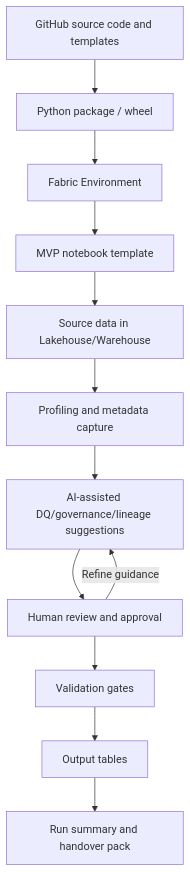
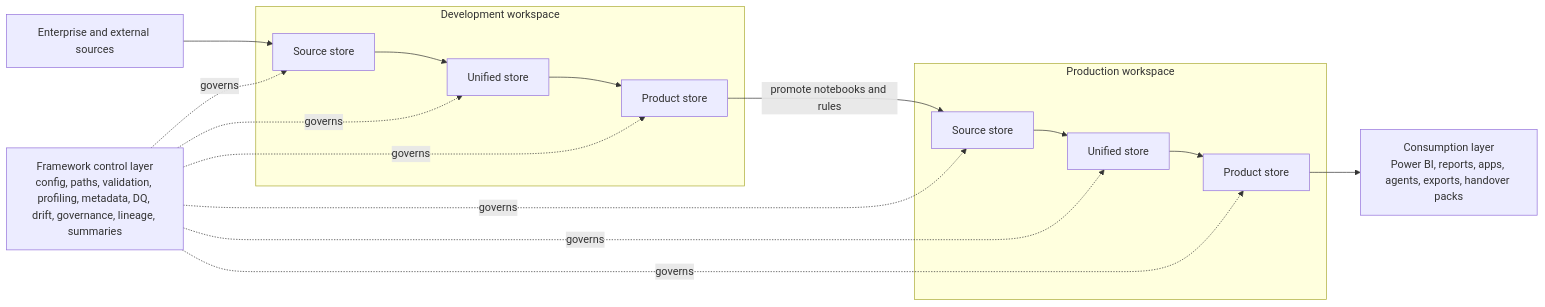
Before and after one commit to Voycepeh/fabric-data-product-framework: the diagram in docs/architecture.md, drawn with Mermaid. The commit also changed other lines of this file and 1 other file, not shown here.

Commit message:
Rewrite architecture page into practical FabricOps operating model

````diff
--- a/docs/architecture.md
+++ b/docs/architecture.md
@@ -31,15 +77,32 @@
 ```mermaid
-flowchart TD
-    GH[GitHub source code and templates] --> PKG[Python package / wheel]
-    PKG --> ENV[Fabric Environment]
-    ENV --> NB[MVP notebook template]
-    NB --> SRC[Source data in Lakehouse/Warehouse]
-    SRC --> PROF[Profiling and metadata capture]
-    PROF --> AI[AI-assisted DQ/governance/lineage suggestions]
-    AI --> HUMAN[Human review and approval]
-    HUMAN --> GATES[Validation gates]
-    GATES --> OUT[Output tables]
-    OUT --> HANDOVER[Run summary and handover pack]
+flowchart LR
+    SRC[Enterprise and external sources]
 
-    HUMAN -->|Refine guidance| AI
+    subgraph DEV[Development workspace]
+      D1[Source store]
+      D2[Unified store]
+      D3[Product store]
+      D1 --> D2 --> D3
+    end
+
+    subgraph PROD[Production workspace]
+      P1[Source store]
+      P2[Unified store]
+      P3[Product store]
+      P1 --> P2 --> P3
+    end
+
+    CONS[Consumption layer\nPower BI, reports, apps, agents, exports, handover packs]
+    CTRL[Framework control layer\nconfig, paths, validation, profiling, metadata, DQ, drift, governance, lineage, summaries]
+
+    SRC --> D1
+    D3 -->|promote notebooks and rules| P1
+    P3 --> CONS
+
+    CTRL -. governs .-> D1
+    CTRL -. governs .-> D2
+    CTRL -. governs .-> D3
+    CTRL -. governs .-> P1
+    CTRL -. governs .-> P2
+    CTRL -. governs .-> P3
 ```
````
